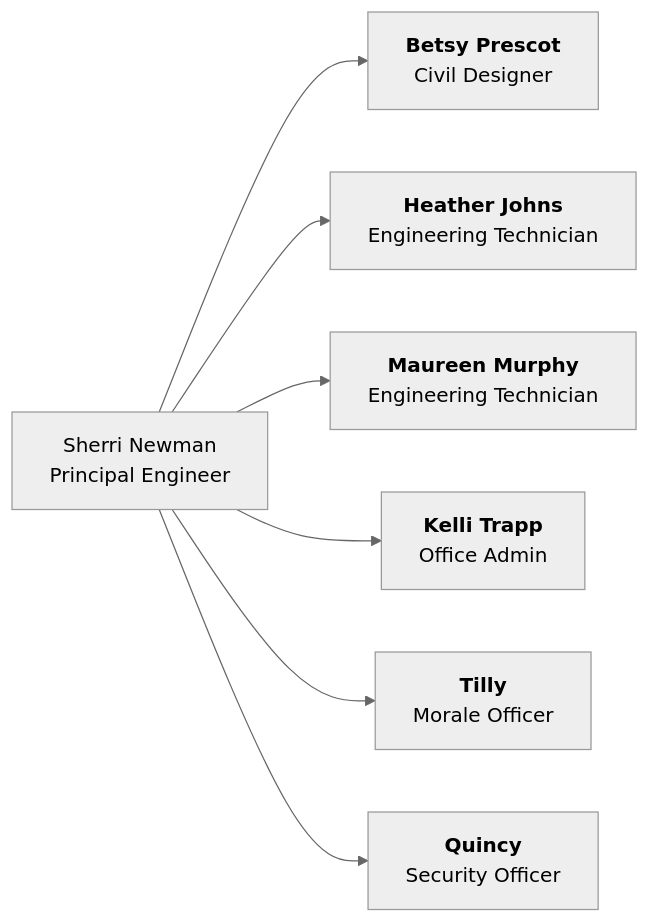
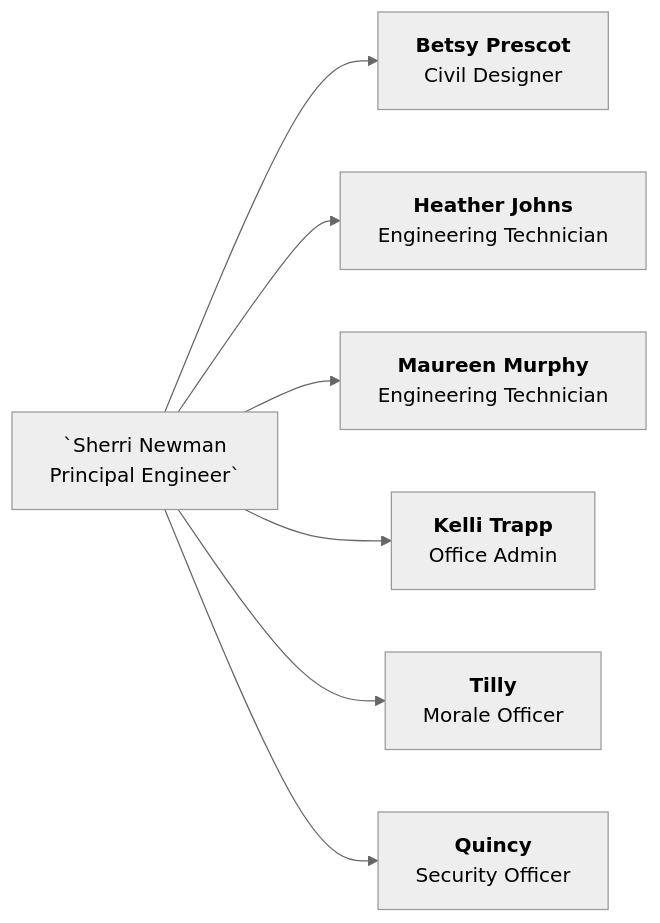
Before and after one commit to sandcassociates/knowledge-base: the diagram in docs/org-chart.md, drawn with Mermaid (neutral theme).

````diff
--- a/docs/org-chart.md
+++ b/docs/org-chart.md
@@ -10,17 +10,17 @@
 ```mermaid
    graph LR;
-  A[Sherri Newman
-    Principal Engineer];
+  A[`Sherri Newman
+    Principal Engineer`];
     A -->B["`**Betsy Prescot**
     Civil Designer`"];
     A -->C["`**Heather Johns**
     Engineering Technician`"];
     A -->D["`**Maureen Murphy**
     Engineering Technician`"];
     A -->E["`**Kelli Trapp**
     Office Admin`"];
     A -->F["`**Tilly**
     Morale Officer`"];
     A -->G["`**Quincy**
     Security Officer`"];
 ```
````
